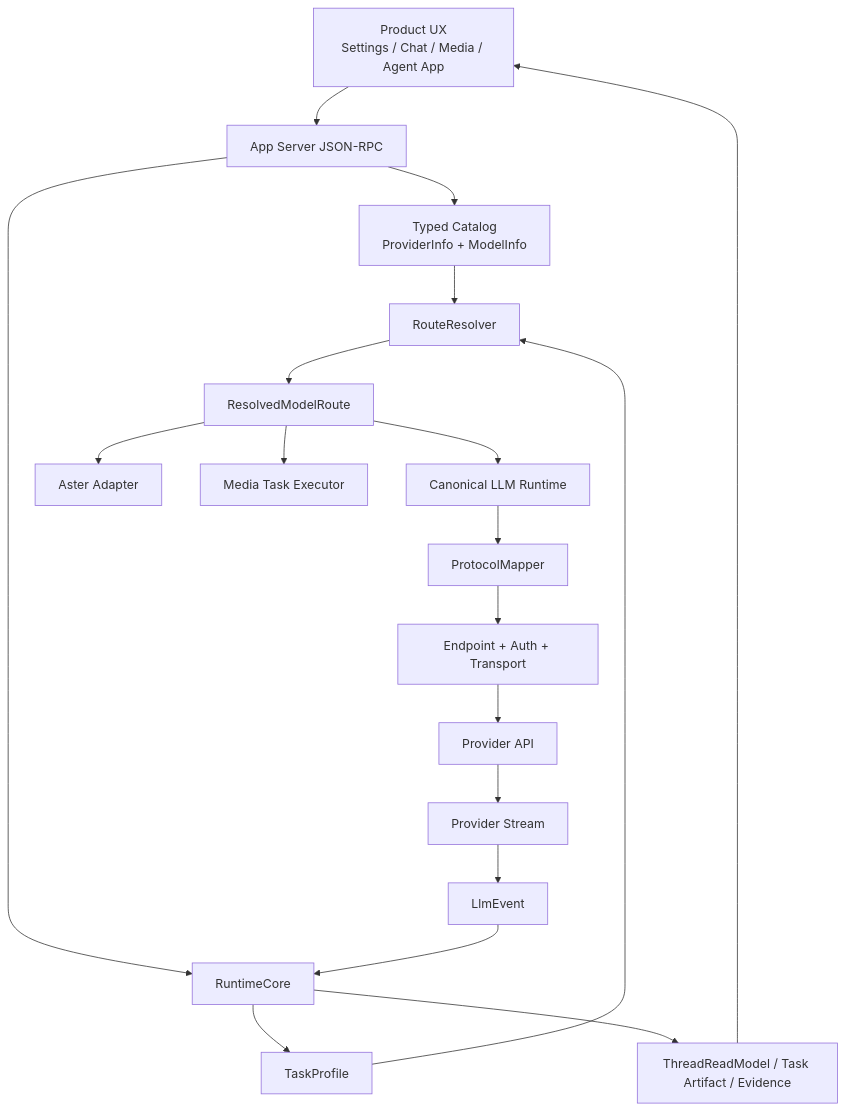
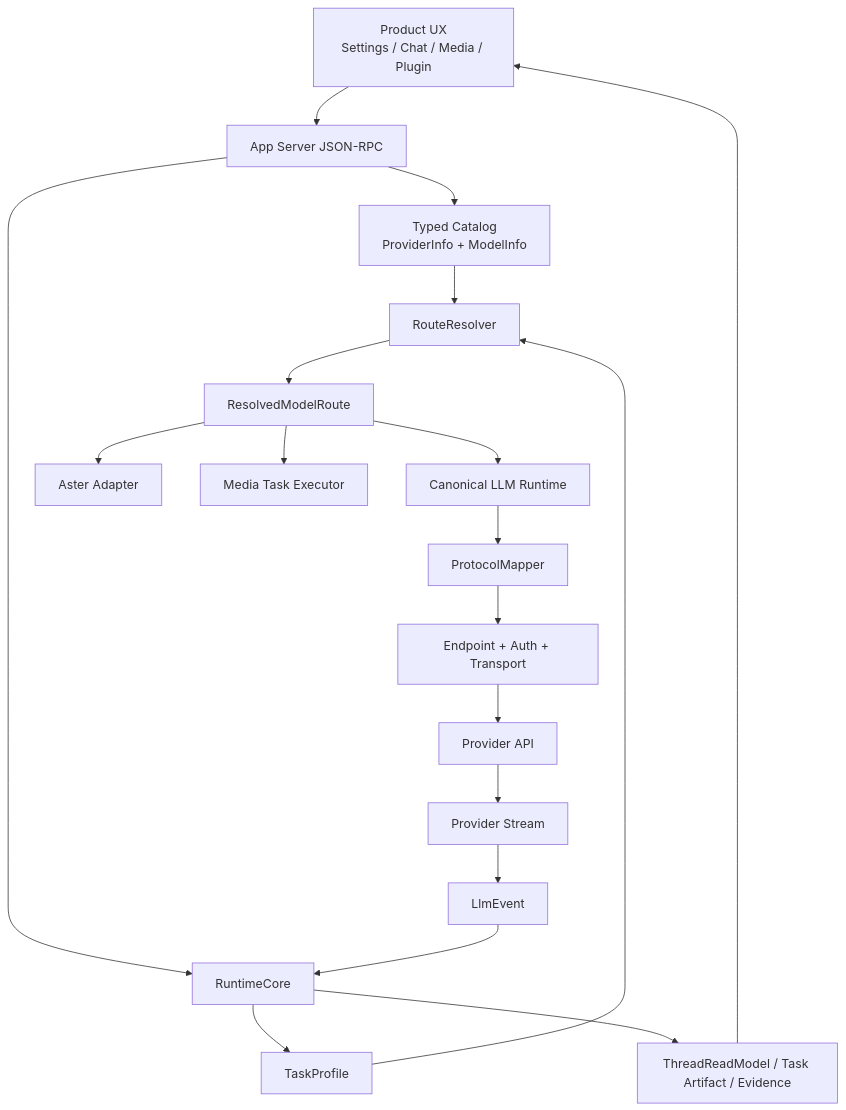
The first of 5 diagrams in internal/roadmap/models/prd.md (jiujuan/lime), drawn with Mermaid before and after one commit. The commit also changed other lines of this file and 527 other files, not shown here.

````diff
--- a/internal/roadmap/models/prd.md
+++ b/internal/roadmap/models/prd.md
@@ -451,21 +451,21 @@
 ```mermaid
 flowchart TD
-  UX[Product UX\nSettings / Chat / Media / Agent App] --> API[App Server JSON-RPC]
+  UX[Product UX\nSettings / Chat / Media / Plugin] --> API[App Server JSON-RPC]
   API --> Catalog[Typed Catalog\nProviderInfo + ModelInfo]
   API --> Runtime[RuntimeCore]
   Catalog --> Resolver[RouteResolver]
   Runtime --> TaskProfile[TaskProfile]
   TaskProfile --> Resolver
   Resolver --> Route[ResolvedModelRoute]
   Route --> LLM[Canonical LLM Runtime]
   LLM --> Protocol[ProtocolMapper]
   Protocol --> Transport[Endpoint + Auth + Transport]
   Transport --> Provider[Provider API]
   Provider --> Events[Provider Stream]
   Events --> LLMEvent[LlmEvent]
   LLMEvent --> Runtime
   Runtime --> ReadModel[ThreadReadModel / Task Artifact / Evidence]
   ReadModel --> UX
   Route --> Aster[Aster Adapter]
   Route --> Media[Media Task Executor]
 ```
````
